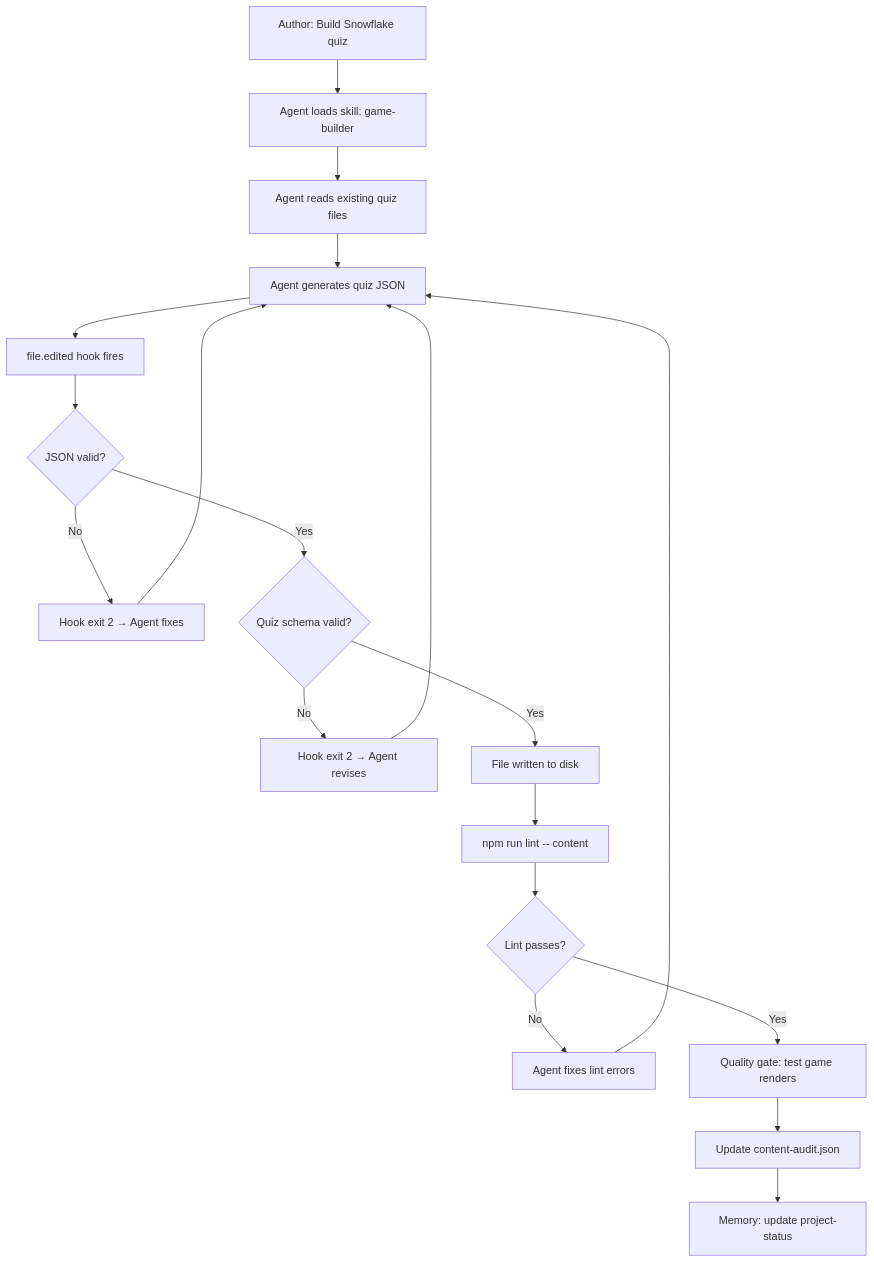
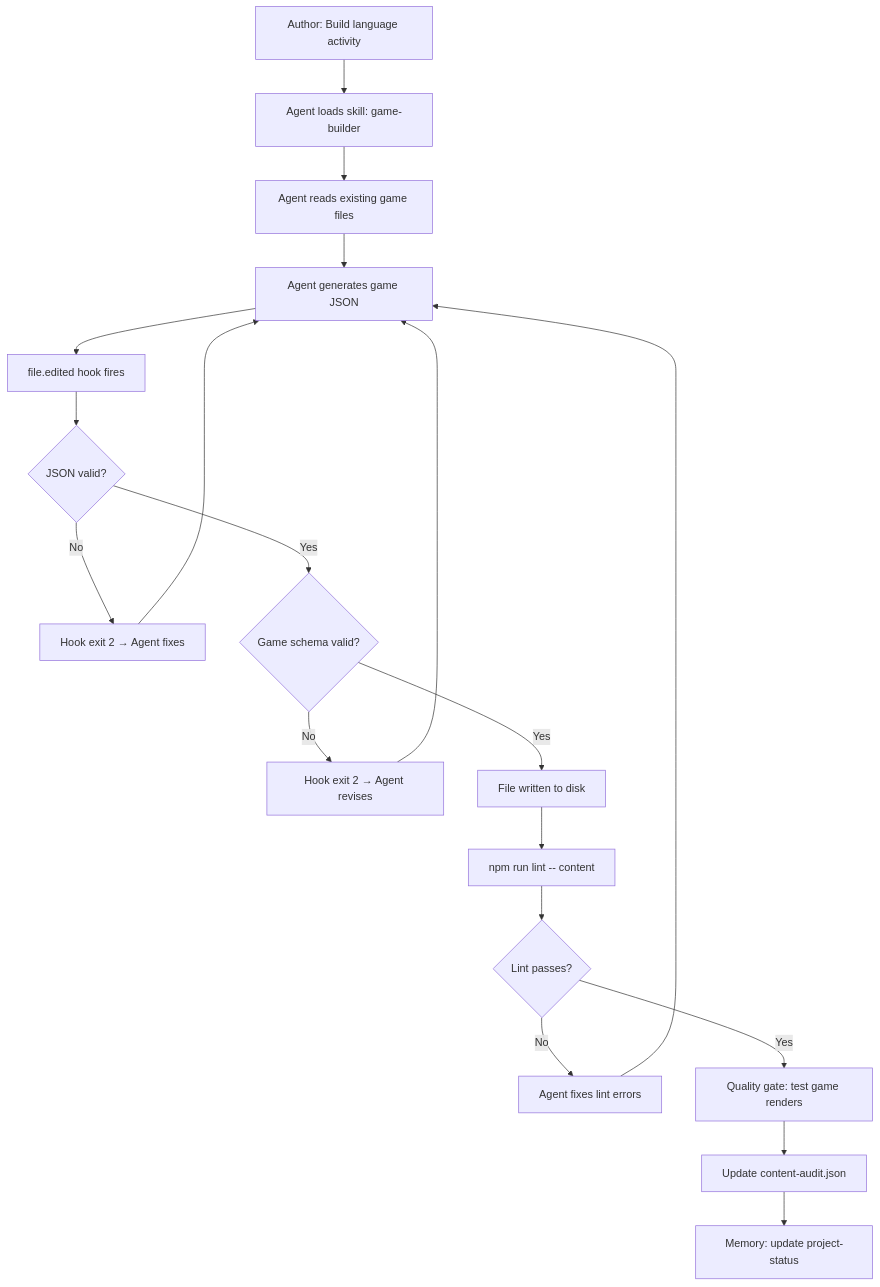
One commit to nuniversity/nuniversity.github.io changed the ninth of 14 diagrams in docs/ai/OPENCODE-HARNESS.md. Above: the diagram before and after it, drawn with Mermaid. The commit also changed other lines of this file and 70 other files, not shown here.

````diff
--- a/docs/ai/OPENCODE-HARNESS.md
+++ b/docs/ai/OPENCODE-HARNESS.md
@@ -1185,21 +1133,21 @@
 ```mermaid
 flowchart TD
-    A["Author: Build Snowflake quiz"] --> B[Agent loads skill: game-builder]
-    B --> C[Agent reads existing quiz files]
-    C --> D[Agent generates quiz JSON]
+    A["Author: Build language activity"] --> B[Agent loads skill: game-builder]
+    B --> C[Agent reads existing game files]
+    C --> D[Agent generates game JSON]
     D --> E[file.edited hook fires]
     E --> F{JSON valid?}
     F -->|No| G[Hook exit 2 → Agent fixes]
     G --> D
-    F -->|Yes| H{Quiz schema valid?}
+    F -->|Yes| H{Game schema valid?}
     H -->|No| I[Hook exit 2 → Agent revises]
     I --> D
     H -->|Yes| J[File written to disk]
     J --> K[npm run lint -- content]
     K --> L{Lint passes?}
     L -->|No| M[Agent fixes lint errors]
     M --> D
     L -->|Yes| N[Quality gate: test game renders]
     N --> O[Update content-audit.json]
     O --> P[Memory: update project-status]
 ```
````
